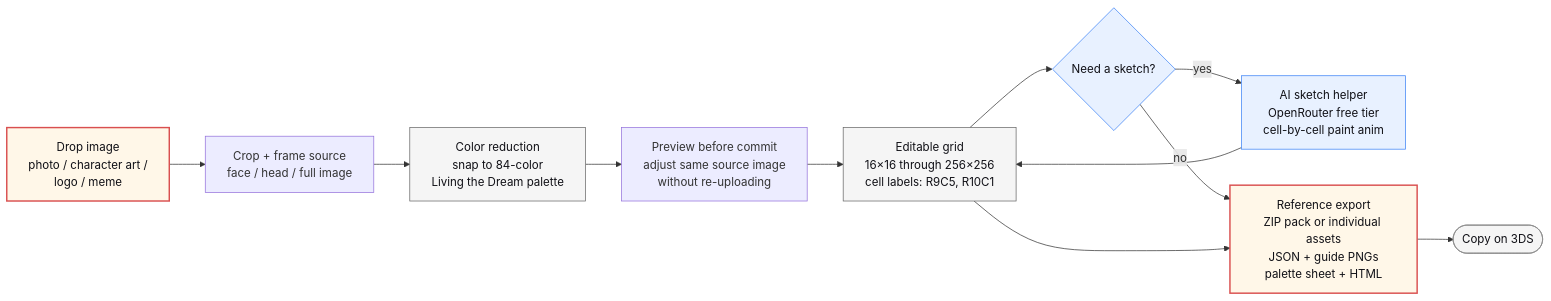
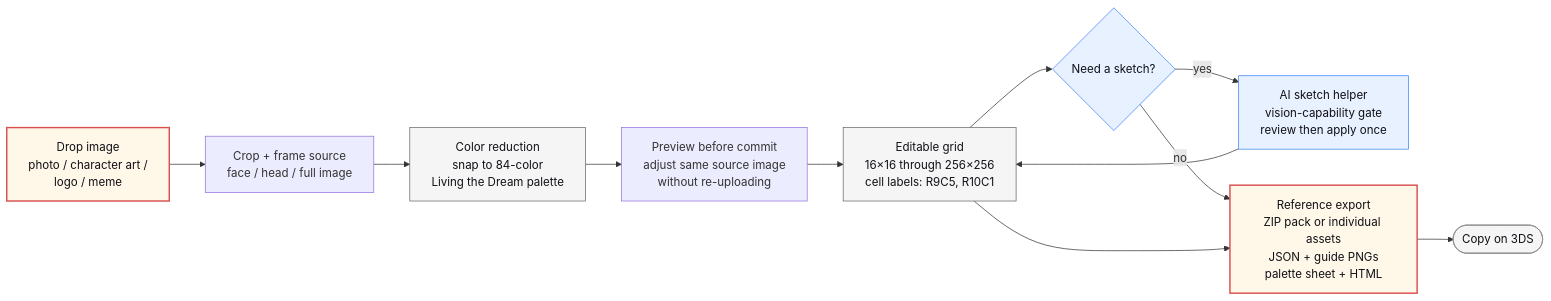
One commit to RazonIn4K/Mii-pixelart changed the second of 2 diagrams in living-the-grid-studio/README.md. Above: the diagram before and after it, drawn with Mermaid. The commit also changed other lines of this file and 25 other files, not shown here.

````diff
--- a/living-the-grid-studio/README.md
+++ b/living-the-grid-studio/README.md
@@ -96,22 +96,22 @@
 ```mermaid
 flowchart LR
     IMG[Drop image<br/>photo / character art /<br/>logo / meme] --> FRAME[Crop + frame source<br/>face / head / full image]
     FRAME --> QUANT[Color reduction<br/>snap to 84-color<br/>Living the Dream palette]
     QUANT --> PREVIEW[Preview before commit<br/>adjust same source image<br/>without re-uploading]
     PREVIEW --> GRID[Editable grid<br/>16×16 through 256×256<br/>cell labels: R9C5, R10C1]
     GRID --> AI{Need a sketch?}
-    AI -- yes --> SKETCH[AI sketch helper<br/>OpenRouter free tier<br/>cell-by-cell paint anim]
+    AI -- yes --> SKETCH[AI sketch helper<br/>vision-capability gate<br/>review then apply once]
     SKETCH --> GRID
     AI -- no --> EXPORT[Reference export<br/>ZIP pack or individual assets<br/>JSON + guide PNGs<br/>palette sheet + HTML]
     GRID --> EXPORT
     EXPORT --> COPY([Copy on 3DS])
 
     classDef io fill:#fff7e8,stroke:#d94f4f,color:#101016,stroke-width:2px
     classDef step fill:#f5f5f5,stroke:#666,color:#101016
     classDef ai fill:#e8f1ff,stroke:#3b82f6,color:#101016
     classDef terminal fill:#f5f5f5,stroke:#888,color:#101016
     class IMG,EXPORT io
     class QUANT,GRID step
     class AI,SKETCH ai
     class COPY terminal
 ```
````
